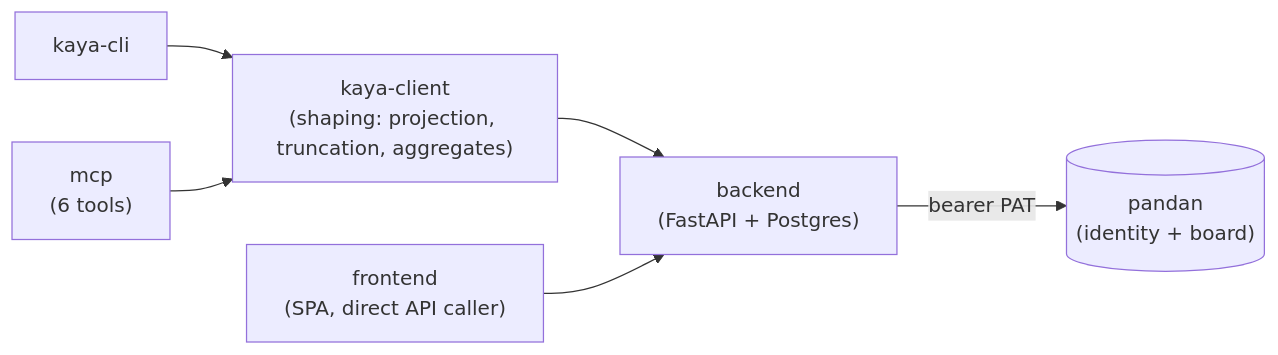
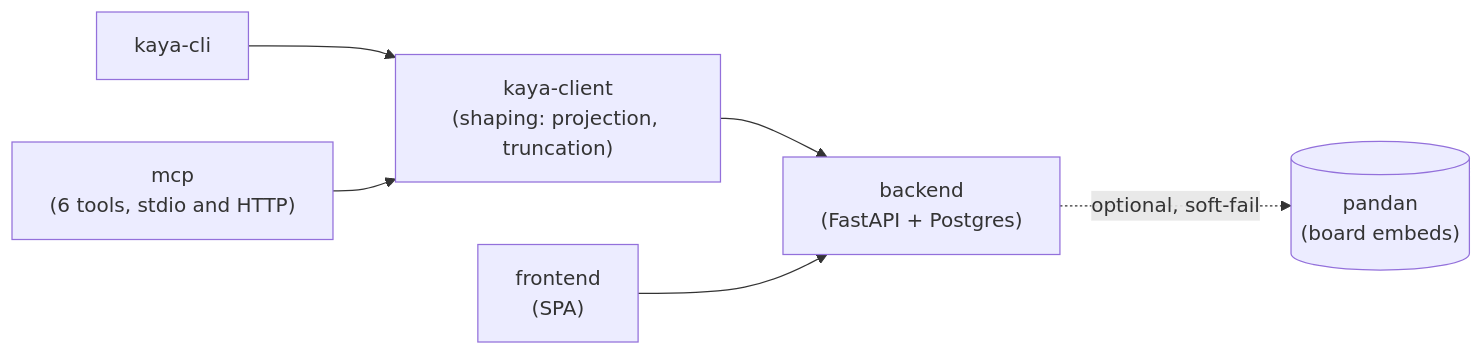
The diagram in README.md (leejianrong/kaya), drawn with Mermaid before and after one commit. The commit also changed other lines of this file and 4 other files, not shown here.

````diff
--- a/README.md
+++ b/README.md
@@ -27,9 +96,9 @@
 ```mermaid
 flowchart LR
-    CLI["kaya-cli"] --> Client["kaya-client\n(shaping: projection, truncation, aggregates)"]
-    MCP["mcp\n(6 tools)"] --> Client
-    SPA["frontend\n(SPA, direct API caller)"]
+    CLI["kaya-cli"] --> Client["kaya-client\n(shaping: projection, truncation)"]
+    MCP["mcp\n(6 tools, stdio and HTTP)"] --> Client
+    SPA["frontend\n(SPA)"]
     Client --> Backend["backend\n(FastAPI + Postgres)"]
     SPA --> Backend
-    Backend -->|bearer PAT| Pandan[("pandan\n(identity + board)")]
+    Backend -.->|"optional, soft-fail"| Pandan[("pandan\n(board embeds)")]
 ```
````
